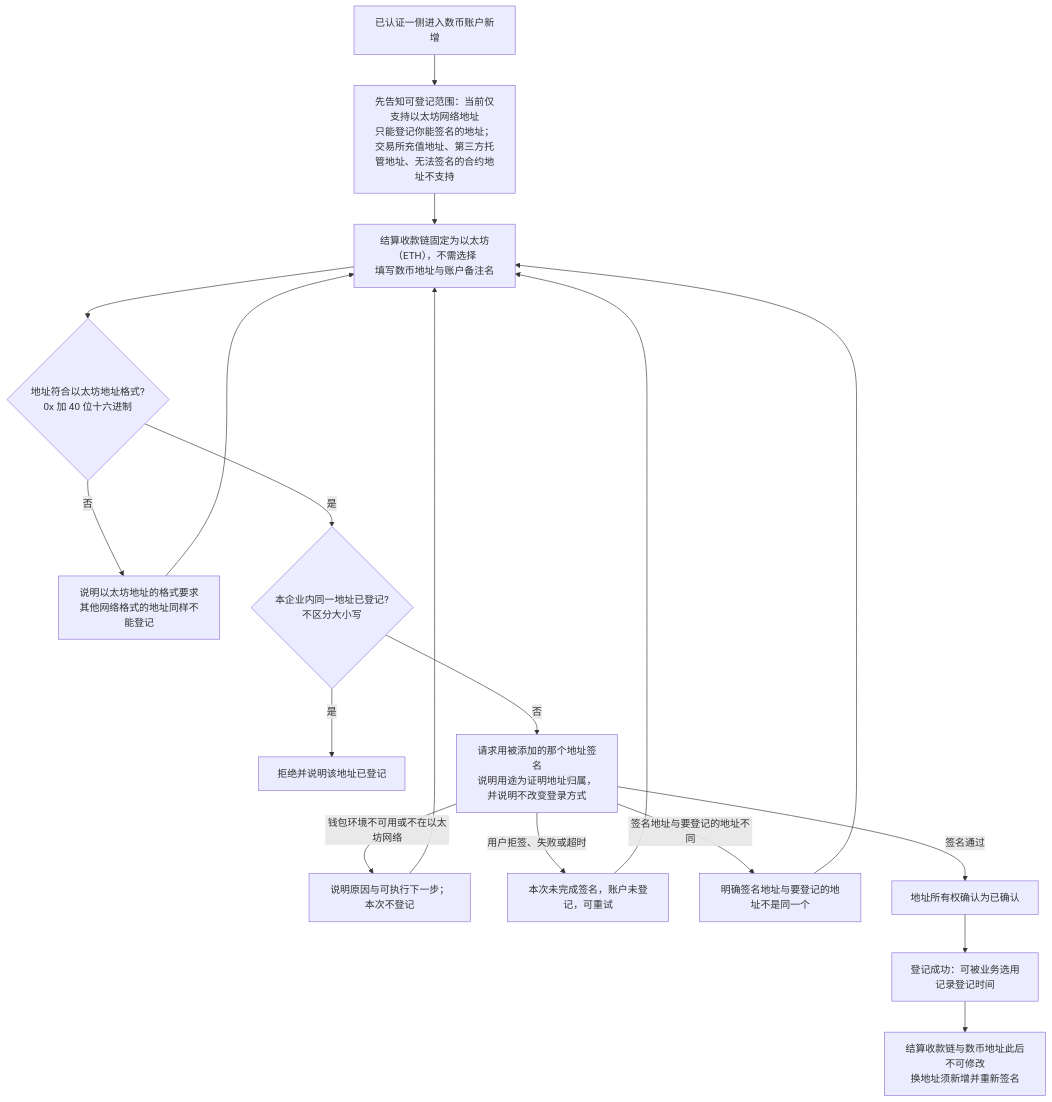
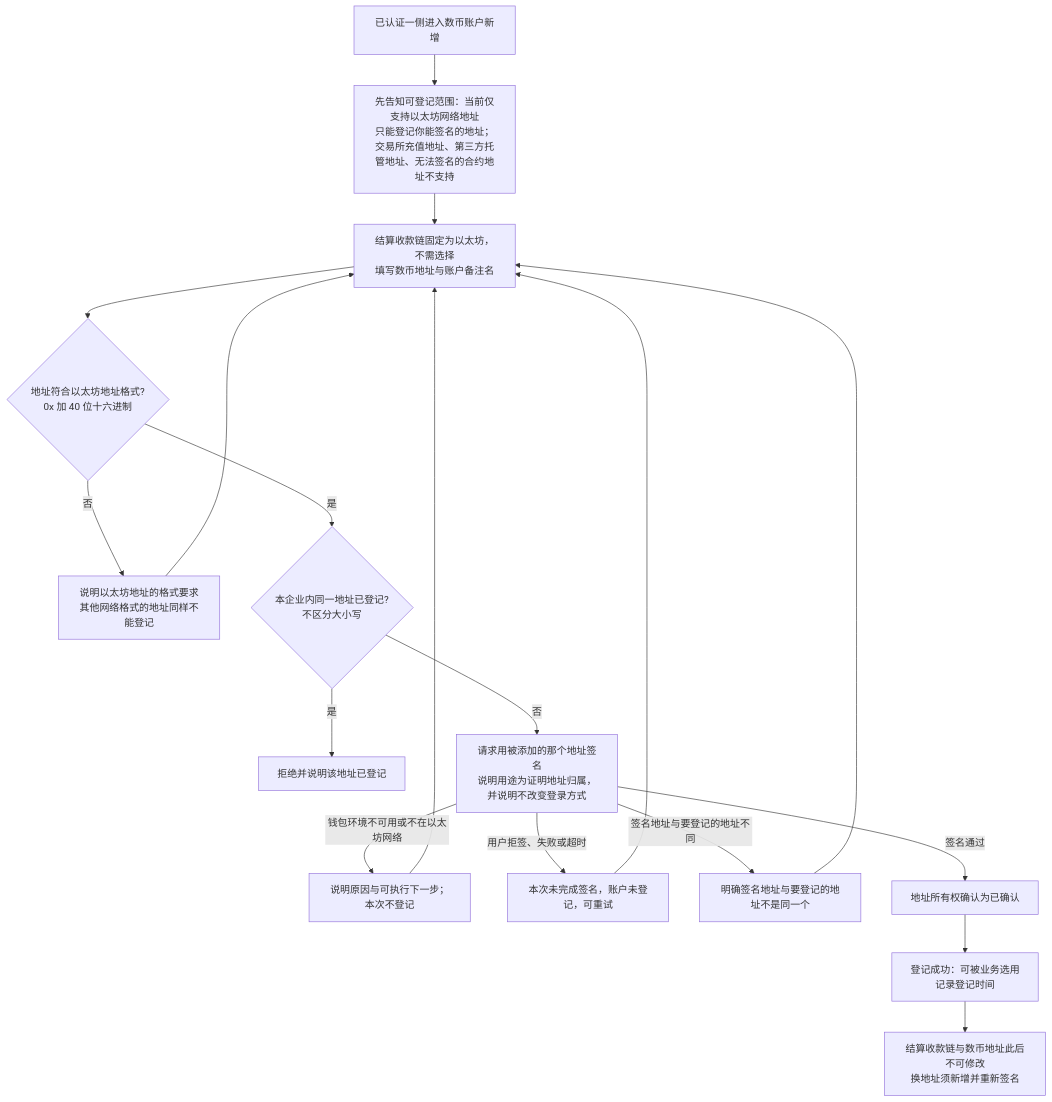
Before and after one commit to wxblockchain/Chain-Financing: the third of 7 diagrams in lending-platform/PRD/面客端/03-企业账户/02-企业账户-流程图与状态机.md, drawn with Mermaid. The commit also changed other lines of this file and 37 other files, not shown here.

````diff
--- a/lending-platform/PRD/面客端/03-企业账户/02-企业账户-流程图与状态机.md
+++ b/lending-platform/PRD/面客端/03-企业账户/02-企业账户-流程图与状态机.md
@@ -74,20 +74,20 @@
 ```mermaid
 flowchart TD
     A[已认证一侧进入数币账户新增] --> B[先告知可登记范围：当前仅支持以太坊网络地址<br/>只能登记你能签名的地址；交易所充值地址、第三方托管地址、无法签名的合约地址不支持]
-    B --> D[结算收款链固定为以太坊（ETH），不需选择<br/>填写数币地址与账户备注名]
+    B --> D[结算收款链固定为以太坊，不需选择<br/>填写数币地址与账户备注名]
     D --> E{地址符合以太坊地址格式?<br/>0x 加 40 位十六进制}
     E -->|否| F[说明以太坊地址的格式要求<br/>其他网络格式的地址同样不能登记]
     F --> D
     E -->|是| G{本企业内同一地址已登记?<br/>不区分大小写}
     G -->|是| H[拒绝并说明该地址已登记]
     G -->|否| I[请求用被添加的那个地址签名<br/>说明用途为证明地址归属，并说明不改变登录方式]
     I -->|钱包环境不可用或不在以太坊网络| J[说明原因与可执行下一步；本次不登记]
     I -->|用户拒签、失败或超时| K[本次未完成签名，账户未登记，可重试]
     I -->|签名地址与要登记的地址不同| L[明确签名地址与要登记的地址不是同一个]
     J --> D
     K --> D
     L --> D
     I -->|签名通过| M[地址所有权确认为已确认]
     M --> N[登记成功：可被业务选用<br/>记录登记时间]
     N --> O[结算收款链与数币地址此后不可修改<br/>换地址须新增并重新签名]
 ```
````
